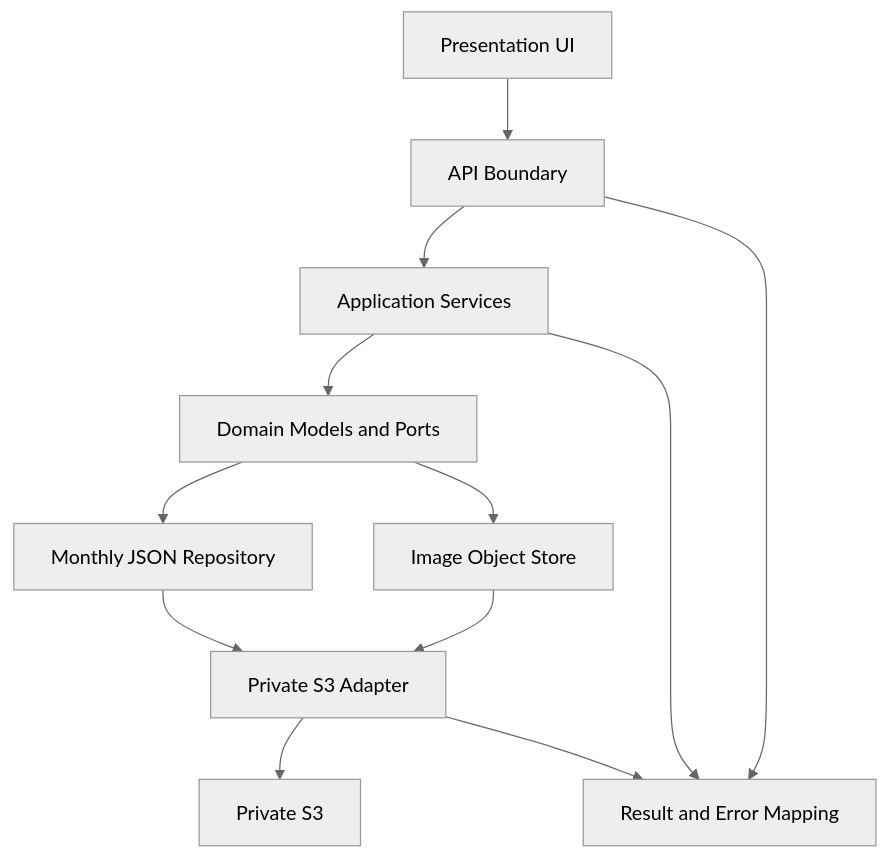
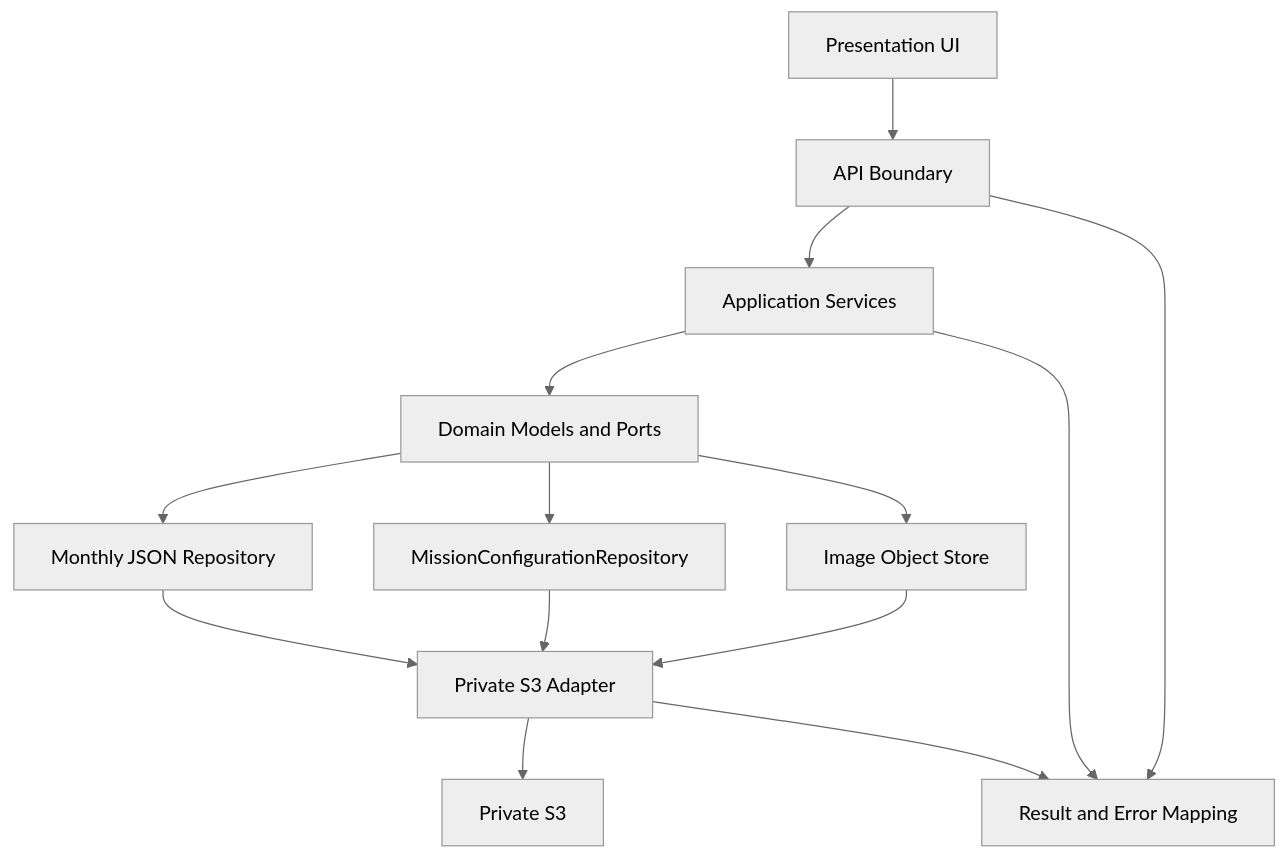
The diagram in aidlc-docs/inception/application-design/unit-of-work-dependency.md (pisa-kun/weight-fitness-app), drawn with Mermaid (neutral theme) before and after one commit. The commit also changed other lines of this file and 10 other files, not shown here.

````diff
--- a/aidlc-docs/inception/application-design/unit-of-work-dependency.md
+++ b/aidlc-docs/inception/application-design/unit-of-work-dependency.md
@@ -20,14 +21,16 @@
 ```mermaid
 flowchart TD
     UI[Presentation UI] --> API[API Boundary]
     API --> APP[Application Services]
     APP --> DOMAIN[Domain Models and Ports]
     DOMAIN --> JSON[Monthly JSON Repository]
+    DOMAIN --> MCFG[MissionConfigurationRepository]
     DOMAIN --> IMAGE[Image Object Store]
     JSON --> S3ADAPTER[Private S3 Adapter]
+    MCFG --> S3ADAPTER
     IMAGE --> S3ADAPTER
     S3ADAPTER --> S3[Private S3]
     API --> ERR[Result and Error Mapping]
     APP --> ERR
     S3ADAPTER --> ERR
 ```
````
